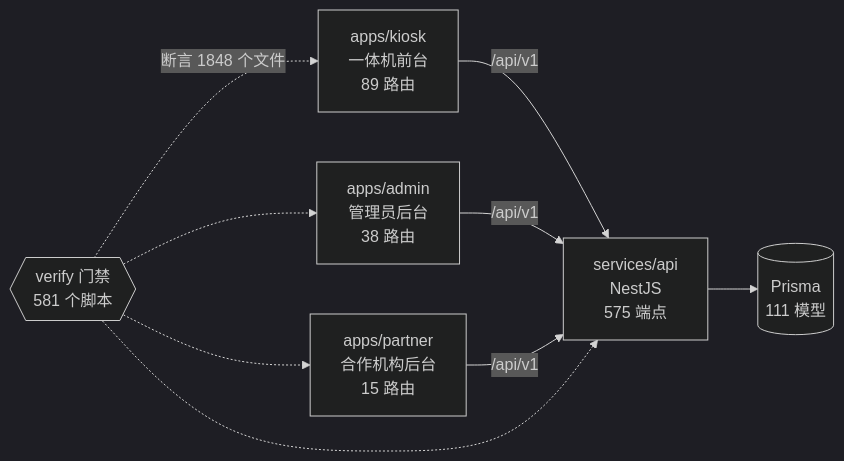
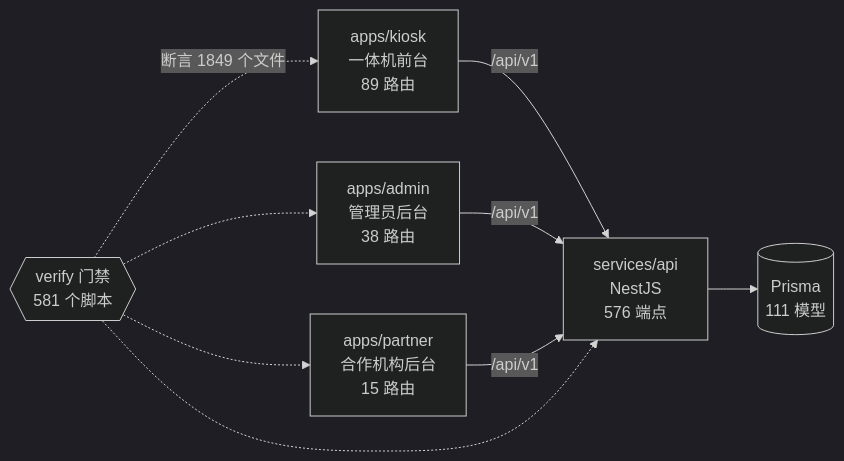
One commit to wanglei581/YITIJI changed the diagram in docs/graph/README.md. Above: the diagram before and after it, drawn with Mermaid (dark theme). The commit also changed other lines of this file and 3 other files, not shown here.

Commit message:
chore(graph): 批次 10 个合入后重生图谱

````diff
--- a/docs/graph/README.md
+++ b/docs/graph/README.md
@@ -68,18 +68,18 @@
 ```mermaid
 flowchart LR
   kiosk["apps/kiosk<br/>一体机前台<br/>89 路由"]
   admin["apps/admin<br/>管理员后台<br/>38 路由"]
   partner["apps/partner<br/>合作机构后台<br/>15 路由"]
-  api["services/api<br/>NestJS<br/>575 端点"]
+  api["services/api<br/>NestJS<br/>576 端点"]
   db[("Prisma<br/>111 模型")]
   gates{{"verify 门禁<br/>581 个脚本"}}
 
   kiosk -->|"/api/v1"| api
   admin -->|"/api/v1"| api
   partner -->|"/api/v1"| api
   api --> db
-  gates -.->|"断言 1848 个文件"| kiosk
+  gates -.->|"断言 1849 个文件"| kiosk
   gates -.-> admin
   gates -.-> partner
   gates -.-> api
 ```
````
